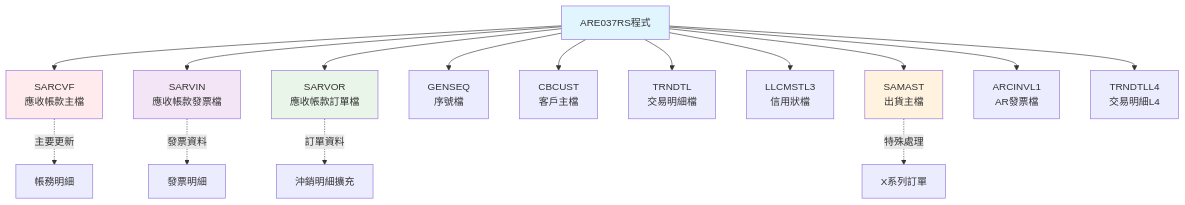
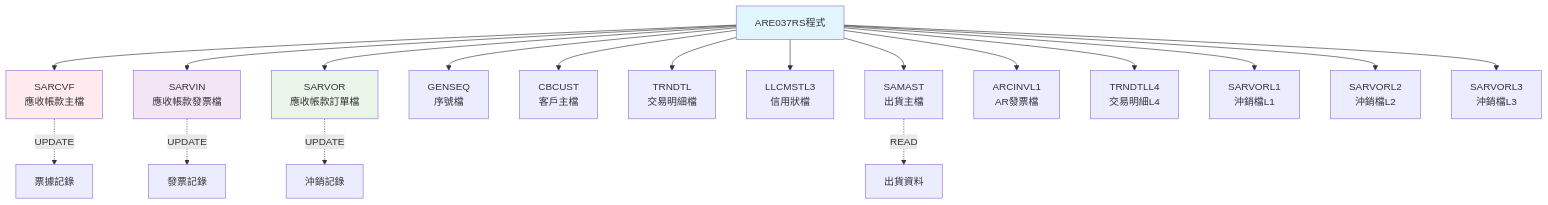
Before and after one commit to WK195838/tongkang: the second of 4 diagrams in 東鋼/規格書/ARE037RS_P02.md, drawn with Mermaid. The commit also changed other lines of this file, not shown here.

````diff
--- a/東鋼/規格書/ARE037RS_P02.md
+++ b/東鋼/規格書/ARE037RS_P02.md
@@ -73,24 +58,26 @@
 ```mermaid
 graph TB
     A[ARE037RS程式] --> B[SARCVF<br/>應收帳款主檔]
     A --> C[SARVIN<br/>應收帳款發票檔]
     A --> D[SARVOR<br/>應收帳款訂單檔]
     A --> E[GENSEQ<br/>序號檔]
     A --> F[CBCUST<br/>客戶主檔]
     A --> G[TRNDTL<br/>交易明細檔]
     A --> H[LLCMSTL3<br/>信用狀檔]
     A --> I[SAMAST<br/>出貨主檔]
     A --> J[ARCINVL1<br/>AR發票檔]
     A --> K[TRNDTLL4<br/>交易明細L4]
+    A --> L[SARVORL1<br/>沖銷檔L1]
+    A --> M[SARVORL2<br/>沖銷檔L2]
+    A --> N[SARVORL3<br/>沖銷檔L3]
     
-    B -.->|主要更新| L[帳務明細]
-    C -.->|發票資料| M[發票明細]
-    D -.->|訂單資料| N[沖銷明細擴充]
-    I -.->|特殊處理| O[X系列訂單]
+    B -.->|UPDATE| O[票據記錄]
+    C -.->|UPDATE| P[發票記錄]
+    D -.->|UPDATE| Q[沖銷記錄]
+    I -.->|READ| R[出貨資料]
     
     style A fill:#e1f5fe
     style B fill:#ffebee
     style C fill:#f3e5f5
     style D fill:#e8f5e8
-    style I fill:#fff3e0
 ```
````
